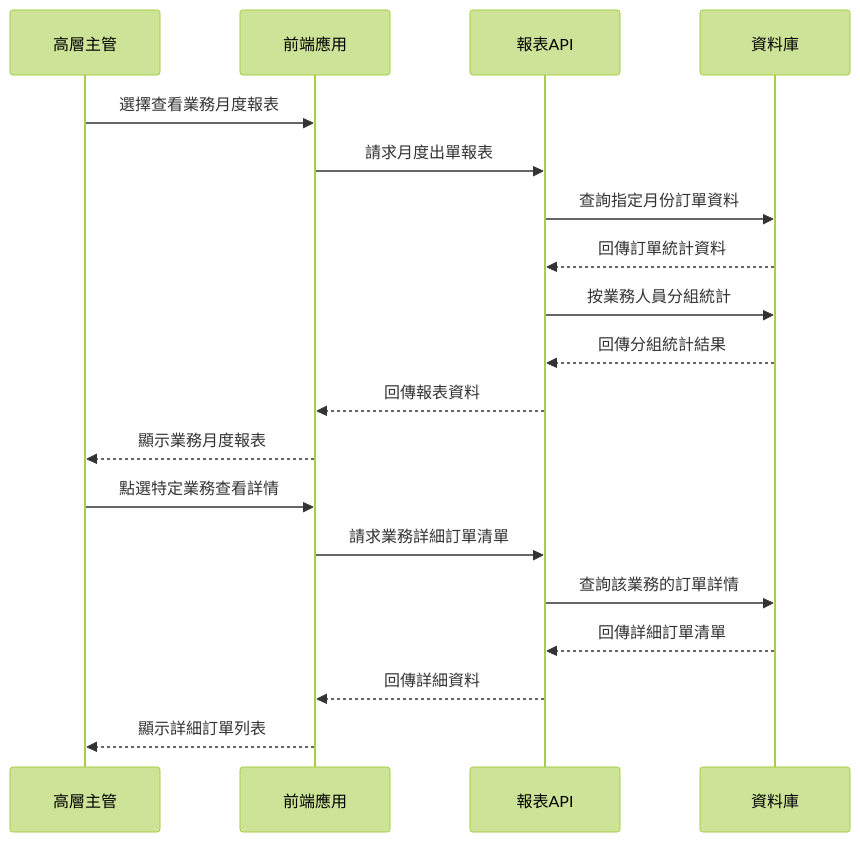
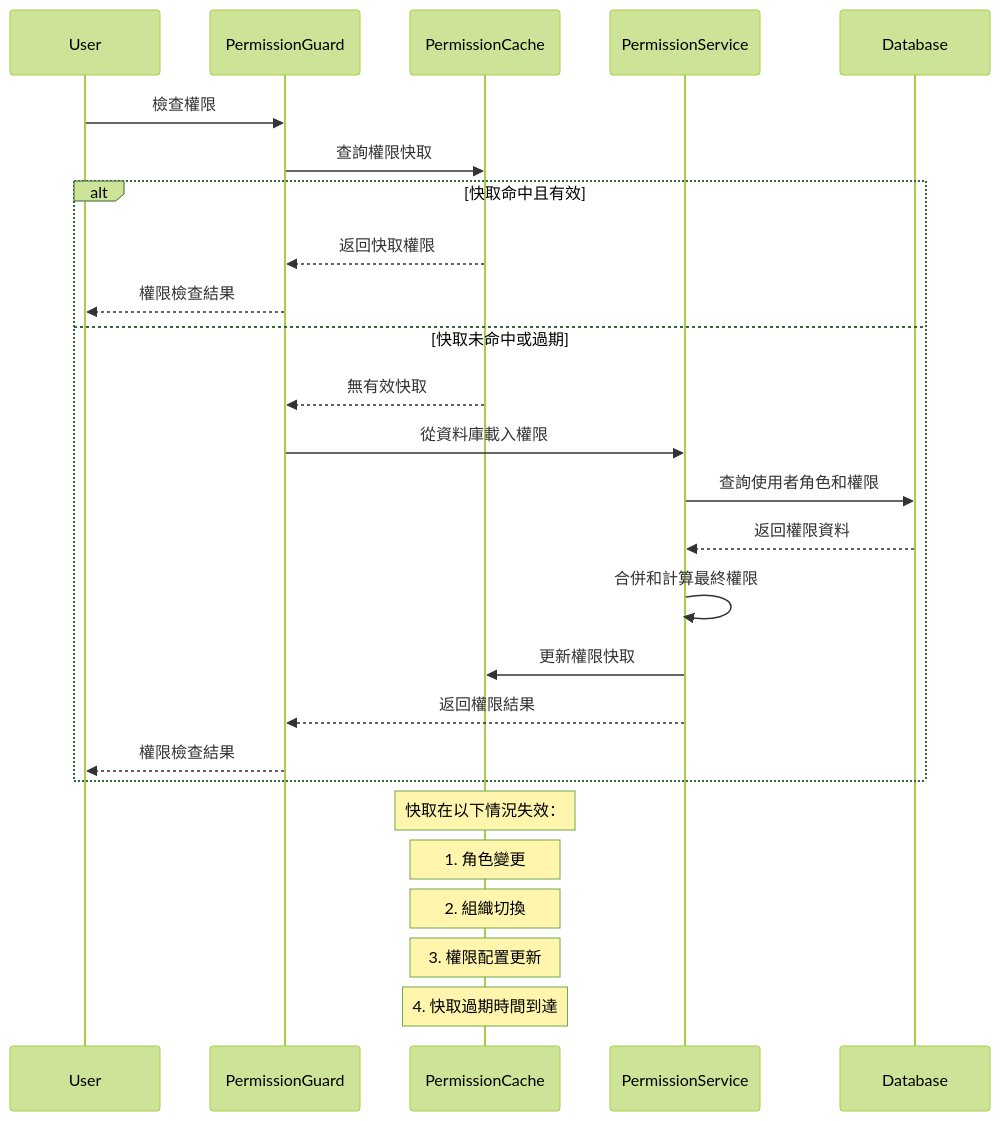
Diagram 15 of 18 in docs/SEQUENCE_DIAGRAMS.md (quinticechen/qerp-system), drawn with Mermaid (forest theme) before and after one commit. The commit also changed other lines of this file and 9 other files, not shown here.

````diff
--- a/docs/SEQUENCE_DIAGRAMS.md
+++ b/docs/SEQUENCE_DIAGRAMS.md
@@ -443,23 +539,31 @@
 ```mermaid
 sequenceDiagram
-    participant Manager as 高層主管
-    participant Frontend as 前端應用
-    participant ReportAPI as 報表API
-    participant DB as 資料庫
+    participant U as User
+    participant PG as PermissionGuard
+    participant Cache as PermissionCache
+    participant PS as PermissionService
+    participant DB as Database
 
-    Manager->>Frontend: 選擇查看業務月度報表
-    Frontend->>ReportAPI: 請求月度出單報表
-    ReportAPI->>DB: 查詢指定月份訂單資料
-    DB-->>ReportAPI: 回傳訂單統計資料
-    ReportAPI->>DB: 按業務人員分組統計
-    DB-->>ReportAPI: 回傳分組統計結果
-    ReportAPI-->>Frontend: 回傳報表資料
-    Frontend-->>Manager: 顯示業務月度報表
+    U->>PG: 檢查權限
+    PG->>Cache: 查詢權限快取
     
-    Manager->>Frontend: 點選特定業務查看詳情
-    Frontend->>ReportAPI: 請求業務詳細訂單清單
-    ReportAPI->>DB: 查詢該業務的訂單詳情
-    DB-->>ReportAPI: 回傳詳細訂單清單
-    ReportAPI-->>Frontend: 回傳詳細資料
-    Frontend-->>Manager: 顯示詳細訂單列表
+    alt 快取命中且有效
+        Cache-->>PG: 返回快取權限
+        PG-->>U: 權限檢查結果
+    else 快取未命中或過期
+        Cache-->>PG: 無有效快取
+        PG->>PS: 從資料庫載入權限
+        PS->>DB: 查詢使用者角色和權限
+        DB-->>PS: 返回權限資料
+        PS->>PS: 合併和計算最終權限
+        PS->>Cache: 更新權限快取
+        PS-->>PG: 返回權限結果
+        PG-->>U: 權限檢查結果
+    end
+    
+    Note over Cache: 快取在以下情況失效：
+    Note over Cache: 1. 角色變更
+    Note over Cache: 2. 組織切換
+    Note over Cache: 3. 權限配置更新
+    Note over Cache: 4. 快取過期時間到達
 ```
````
